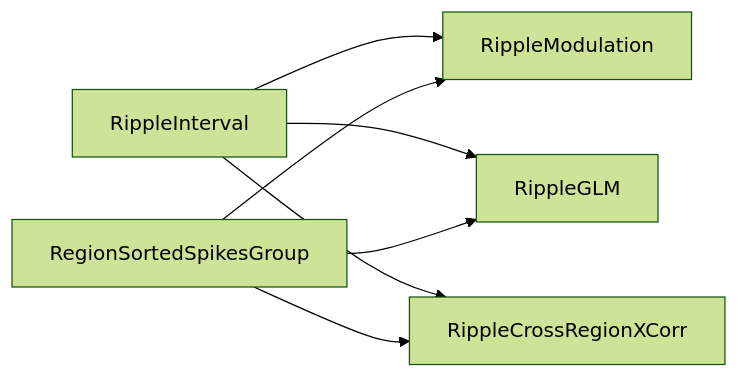
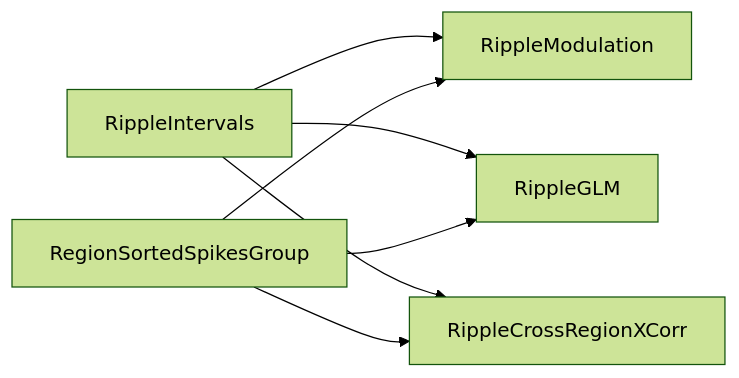
The third of 3 diagrams in src/v1ca1/spyglass/README.md (khl02007/v1ca1), drawn with Mermaid (forest theme) before and after one commit. The commit also changed other lines of this file and 9 other files, not shown here.

Commit message:
Rename ripple interval catalog table

````diff
--- a/src/v1ca1/spyglass/README.md
+++ b/src/v1ca1/spyglass/README.md
@@ -184,9 +185,9 @@
 ```mermaid
 flowchart LR
-    RippleInterval --> RippleModulation
-    RippleInterval --> RippleGLM
-    RippleInterval --> RippleCrossRegionXCorr
+    RippleIntervals --> RippleModulation
+    RippleIntervals --> RippleGLM
+    RippleIntervals --> RippleCrossRegionXCorr
     RegionSortedSpikesGroup --> RippleModulation
     RegionSortedSpikesGroup --> RippleGLM
     RegionSortedSpikesGroup --> RippleCrossRegionXCorr
 ```
````
